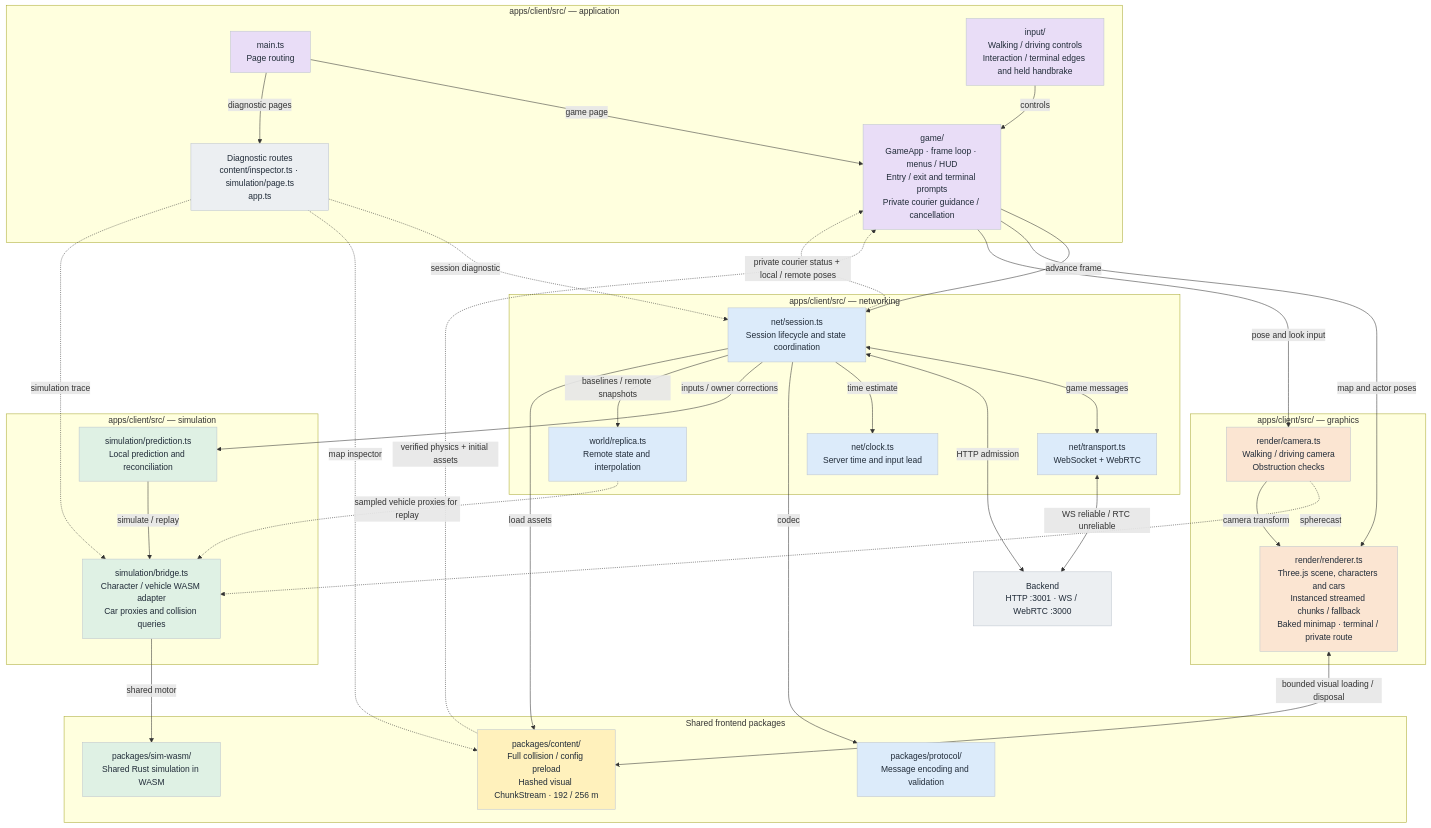
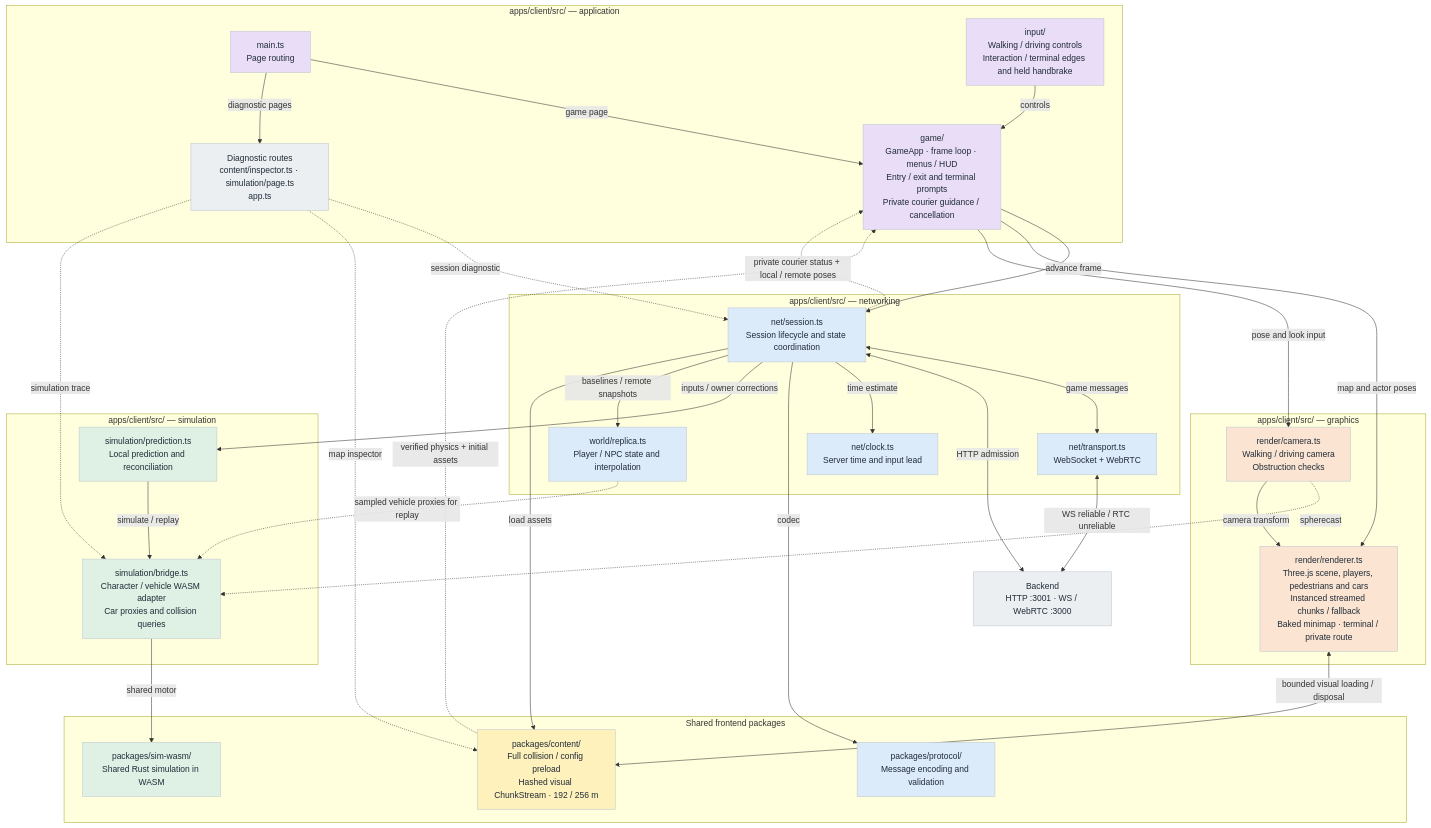
The diagram in docs/diagrams/frontend.mmd (harveynw/browser-sandbox-game), drawn with Mermaid before and after one commit. The commit also changed 22 other files, not shown here.

```diff
--- a/docs/diagrams/frontend.mmd
+++ b/docs/diagrams/frontend.mmd
@@ -1,64 +1,64 @@
-%% Frontend module system — current implementation through T12.
+%% Frontend module system — current implementation through T13.
 %% Update with module, ownership, transport or data-flow changes.
 %% Purple: orchestration; blue: networking; green: simulation;
 %% orange: graphics; yellow: content; grey: diagnostics/external.
 flowchart TD
   subgraph group_0["apps/client/src/ — application"]
     main["main.ts<br/>Page routing"]:::app
     game["game/<br/>GameApp · frame loop · menus / HUD<br/>Entry / exit and terminal prompts<br/>Private courier guidance / cancellation"]:::app
     input["input/<br/>Walking / driving controls<br/>Interaction / terminal edges and held handbrake"]:::app
     tools["Diagnostic routes<br/>content/inspector.ts · simulation/page.ts<br/>app.ts"]:::other
   end
   subgraph group_1["apps/client/src/ — networking"]
     session["net/session.ts<br/>Session lifecycle and state coordination"]:::net
     transport["net/transport.ts<br/>WebSocket + WebRTC"]:::net
     clock["net/clock.ts<br/>Server time and input lead"]:::net
-    replica["world/replica.ts<br/>Remote state and interpolation"]:::net
+    replica["world/replica.ts<br/>Player / NPC state and interpolation"]:::net
   end
   subgraph group_2["apps/client/src/ — simulation"]
     prediction["simulation/prediction.ts<br/>Local prediction and reconciliation"]:::sim
     bridge["simulation/bridge.ts<br/>Character / vehicle WASM adapter<br/>Car proxies and collision queries"]:::sim
   end
   subgraph group_3["apps/client/src/ — graphics"]
-    renderer["render/renderer.ts<br/>Three.js scene, characters and cars<br/>Instanced streamed chunks / fallback<br/>Baked minimap · terminal / private route"]:::gfx
+    renderer["render/renderer.ts<br/>Three.js scene, players, pedestrians and cars<br/>Instanced streamed chunks / fallback<br/>Baked minimap · terminal / private route"]:::gfx
     camera["render/camera.ts<br/>Walking / driving camera<br/>Obstruction checks"]:::gfx
   end
   subgraph group_4["Shared frontend packages"]
     content["packages/content/<br/>Full collision / config preload<br/>Hashed visual ChunkStream · 192 / 256 m"]:::content
     protocol["packages/protocol/<br/>Message encoding and validation"]:::net
     wasm["packages/sim-wasm/<br/>Shared Rust simulation in WASM"]:::sim
   end
     backend["Backend<br/>HTTP :3001 · WS / WebRTC :3000"]:::other
 
   main -->|"game page"| game
   main -->|"diagnostic pages"| tools
   input -->|"controls"| game
   game -->|"advance frame"| session
   session <-->|"game messages"| transport
   transport <-->|"WS reliable / RTC unreliable"| backend
   session <-->|"HTTP admission"| backend
   session -->|"time estimate"| clock
   session -->|"codec"| protocol
   session -->|"inputs / owner corrections"| prediction
   prediction -->|"simulate / replay"| bridge
   bridge -->|"shared motor"| wasm
   session -->|"baselines / remote snapshots"| replica
   replica -.->|"sampled vehicle proxies for replay"| bridge
   session -->|"load assets"| content
   content -.->|"verified physics + initial assets"| game
   renderer <-->|"bounded visual loading / disposal"| content
   session -.->|"private courier status + local / remote poses"| game
   game -->|"map and actor poses"| renderer
   game -->|"pose and look input"| camera
   camera -.->|"spherecast"| bridge
   camera -->|"camera transform"| renderer
   tools -.->|"session diagnostic"| session
   tools -.->|"map inspector"| content
   tools -.->|"simulation trace"| bridge
 
   classDef app fill:#E9DDF7,stroke:#BDC5CE,color:#202B38
   classDef net fill:#DCEBFA,stroke:#BDC5CE,color:#202B38
   classDef sim fill:#DFF1E4,stroke:#BDC5CE,color:#202B38
   classDef gfx fill:#FBE5D2,stroke:#BDC5CE,color:#202B38
   classDef content fill:#FFF1BC,stroke:#BDC5CE,color:#202B38
   classDef other fill:#ECEFF2,stroke:#BDC5CE,color:#202B38
```
